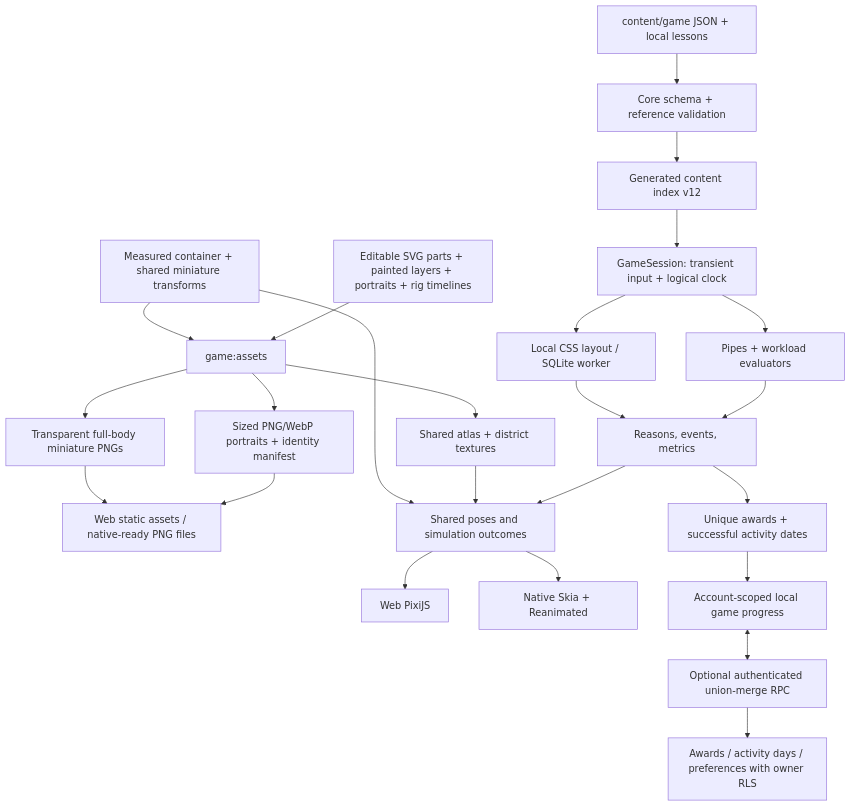
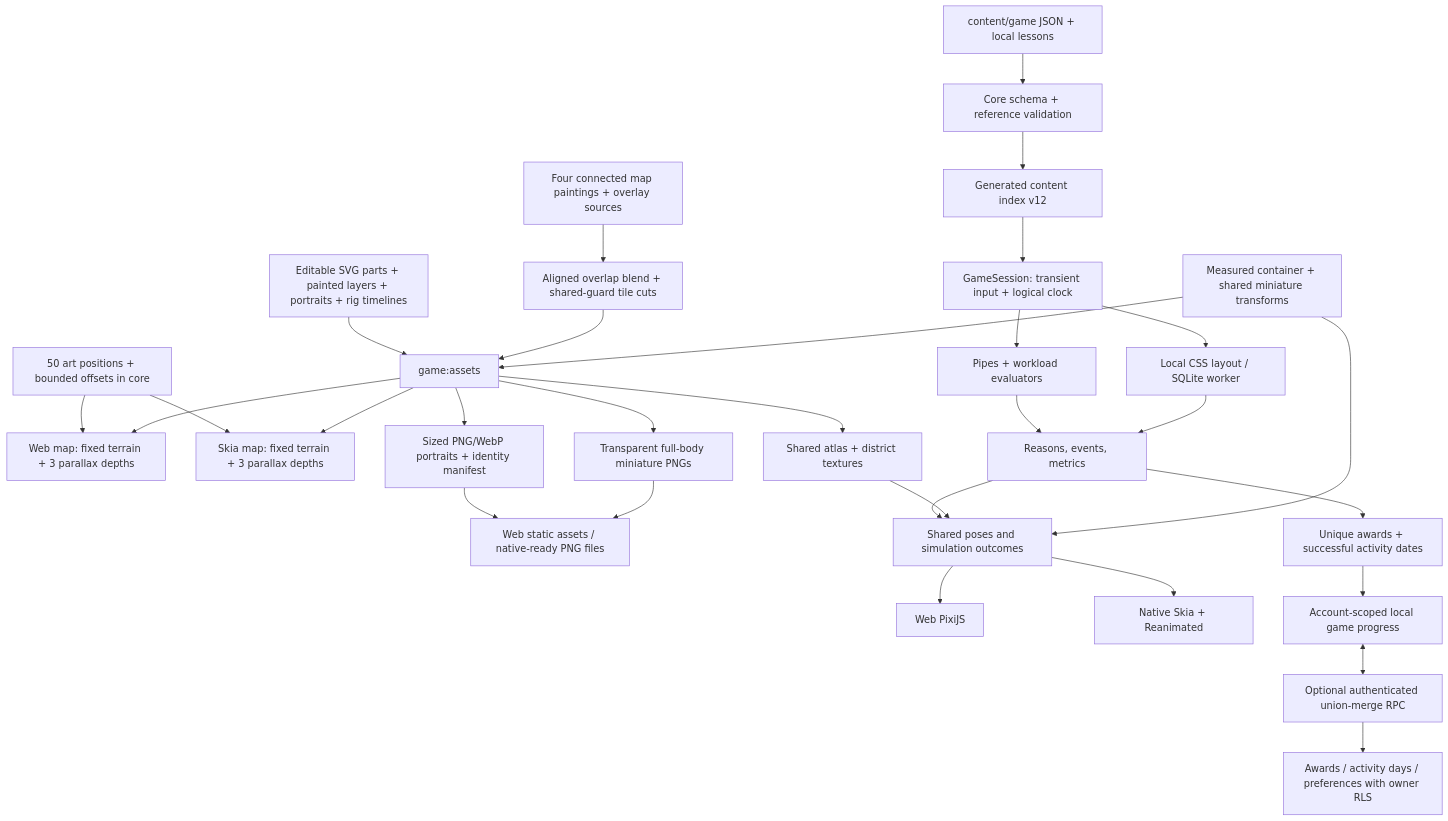
The fourth of 7 diagrams in docs/engineering-overview.md (dano-gutierrez/codematica), drawn with Mermaid before and after one commit. The commit also changed other lines of this file and 84 other files, not shown here.

````diff
--- a/docs/engineering-overview.md
+++ b/docs/engineering-overview.md
@@ -238,26 +238,32 @@
 ```mermaid
 flowchart TD
     Campaign["content/game JSON + local lessons"] --> Validate["Core schema + reference validation"]
     Validate --> Index["Generated content index v12"]
     Artwork["Editable SVG parts + painted layers + portraits + rig timelines"] --> Export["game:assets"]
+    Landscape["Four connected map paintings + overlay sources"] --> Stitch["Aligned overlap blend + shared-guard tile cuts"]
+    Stitch --> Export
+    MapRules["50 art positions + bounded offsets in core"] --> WebMap["Web map: fixed terrain + 3 parallax depths"]
+    MapRules --> NativeMap["Skia map: fixed terrain + 3 parallax depths"]
+    Export --> WebMap
+    Export --> NativeMap
     Export --> Atlas["Shared atlas + district textures"]
     Export --> Thumbnails["Sized PNG/WebP portraits + identity manifest"]
     Export --> Miniatures["Transparent full-body miniature PNGs"]
     Thumbnails --> Static["Web static assets / native-ready PNG files"]
     Miniatures --> Static
     Index --> Session["GameSession: transient input + logical clock"]
     Session --> Core["Pipes + workload evaluators"]
     Session --> Sandbox["Local CSS layout / SQLite worker"]
     Core --> Result["Reasons, events, metrics"]
     Sandbox --> Result
     Result --> Awards["Unique awards + successful activity dates"]
     Result --> Scene["Shared poses and simulation outcomes"]
     Atlas --> Scene
     Geometry["Measured container + shared miniature transforms"] --> Scene
     Geometry --> Export
     Scene --> Pixi["Web PixiJS"]
     Scene --> Skia["Native Skia + Reanimated"]
     Awards --> Local["Account-scoped local game progress"]
     Local <--> Merge["Optional authenticated union-merge RPC"]
     Merge --> RLS["Awards / activity days / preferences with owner RLS"]
 ```
````
